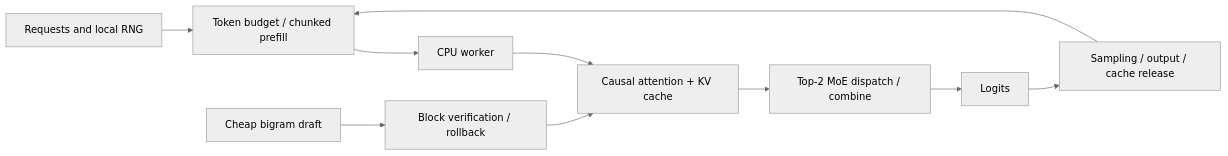
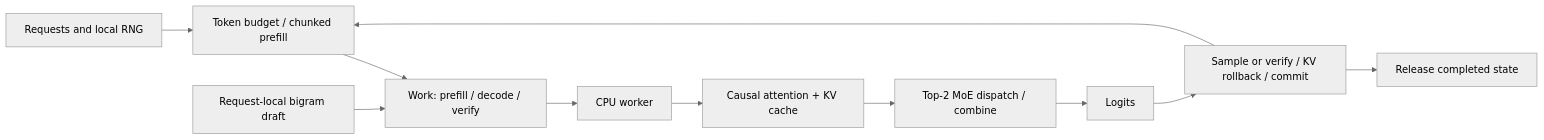
One commit to PeriodBLUE/nano-deepseek-infer changed the diagram in README.en.md. Above: the diagram before and after it, drawn with Mermaid (neutral theme). The commit also changed other lines of this file and 18 other files, not shown here.

````diff
--- a/README.en.md
+++ b/README.en.md
@@ -109,12 +134,13 @@
 ```mermaid
 flowchart LR
     R[Requests and local RNG] --> S[Token budget / chunked prefill]
-    S --> W[CPU worker]
+    S --> P[Work: prefill / decode / verify]
+    D[Request-local bigram draft] --> P
+    P --> W[CPU worker]
     W --> A[Causal attention + KV cache]
     A --> M[Top-2 MoE dispatch / combine]
     M --> L[Logits]
-    L --> O[Sampling / output / cache release]
+    L --> O[Sample or verify / KV rollback / commit]
     O --> S
-    D[Cheap bigram draft] --> V[Block verification / rollback]
-    V --> A
+    O --> F[Release completed state]
 ```
````
